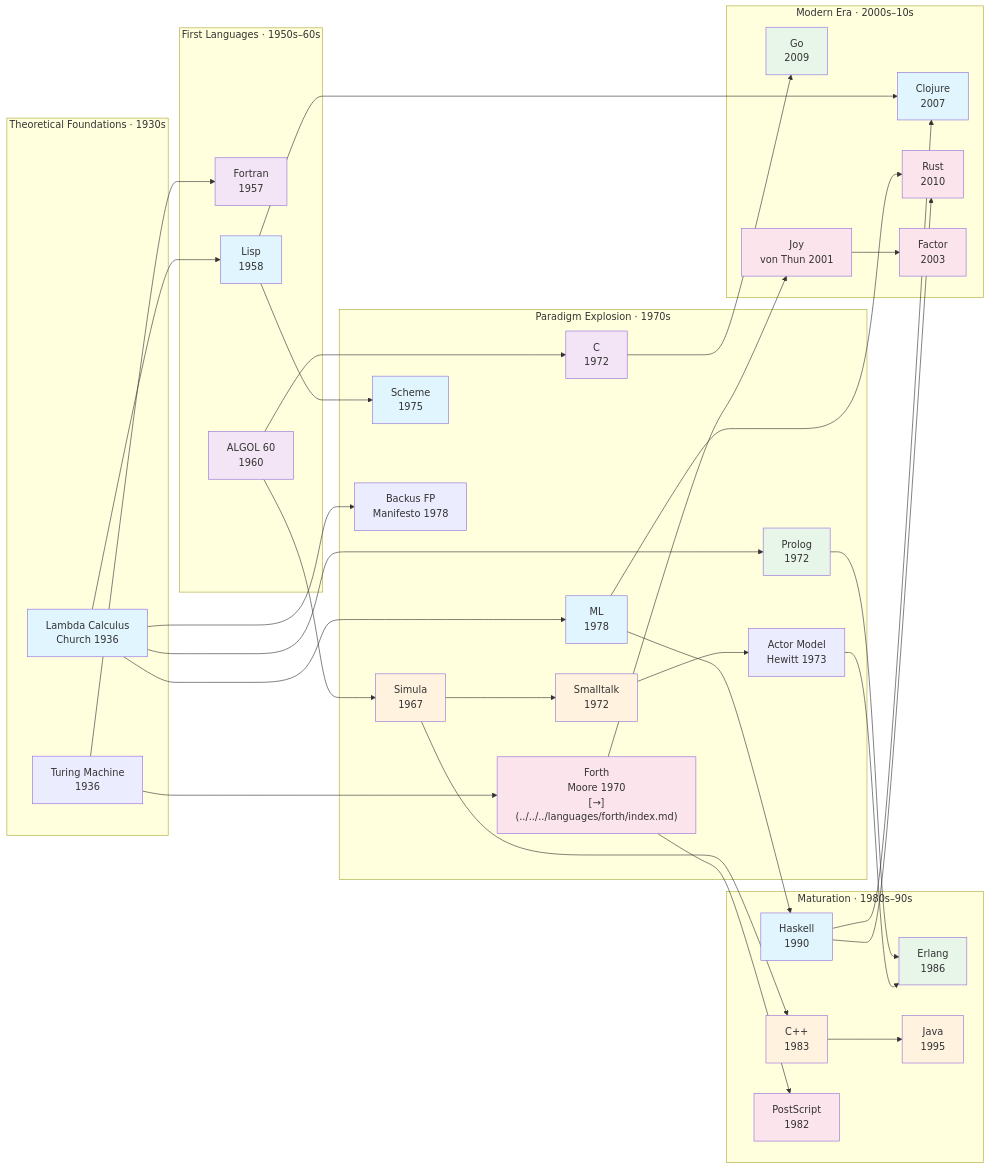
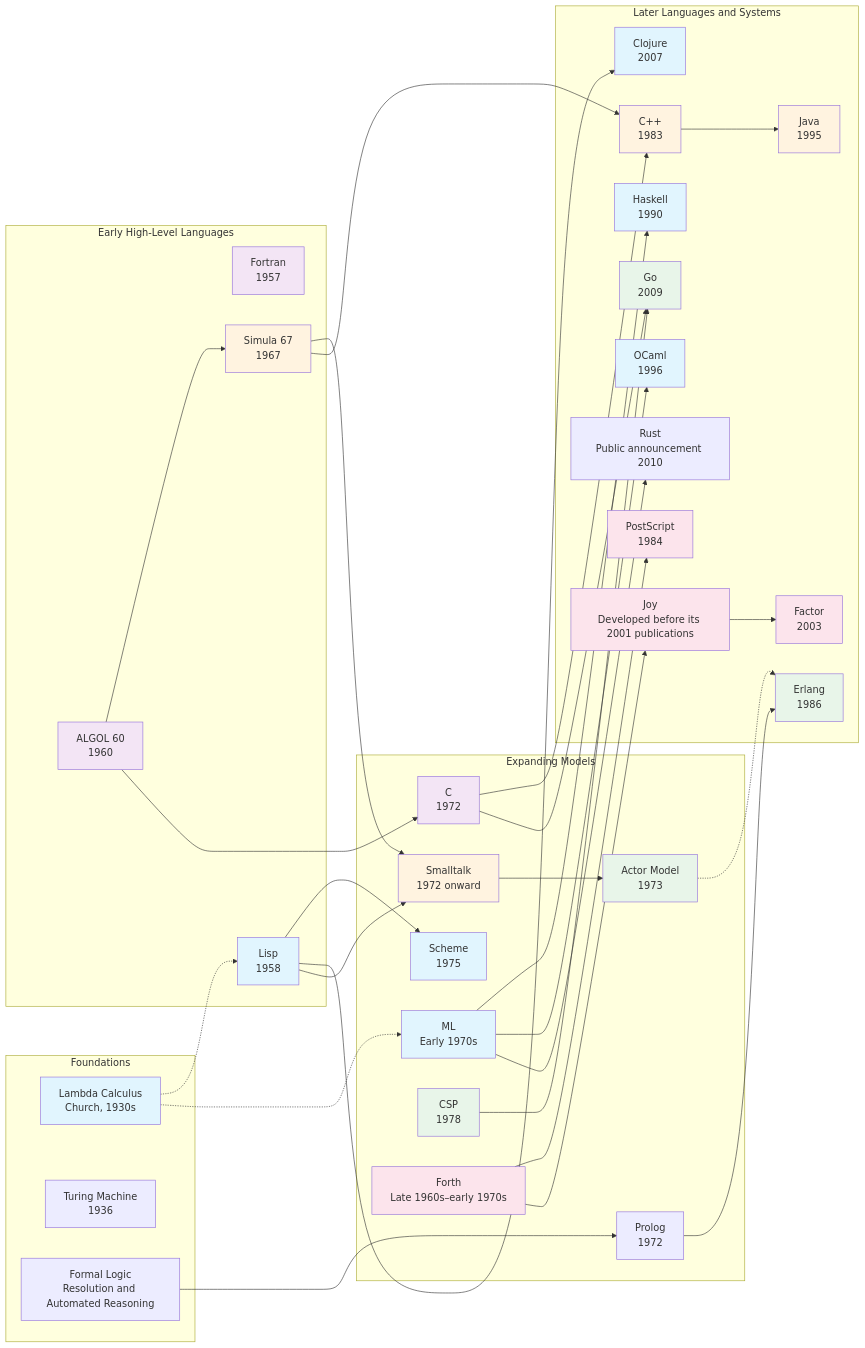
One commit to akardapolov/software-atlas changed the fourth of 4 diagrams in docs/topics/concepts/paradigms/index.md. Above: the diagram before and after it, drawn with Mermaid. The commit also changed other lines of this file, not shown here.

````diff
--- a/docs/topics/concepts/paradigms/index.md
+++ b/docs/topics/concepts/paradigms/index.md
@@ -1184,87 +1753,97 @@
 ```mermaid
 flowchart LR
-    subgraph Foundations ["Theoretical Foundations · 1930s"]
-        Church["Lambda Calculus<br/>Church 1936"]
+    subgraph Foundations ["Foundations"]
+        Lambda["Lambda Calculus<br/>Church, 1930s"]
         Turing["Turing Machine<br/>1936"]
+        Logic["Formal Logic<br/>Resolution and Automated Reasoning"]
     end
 
-    subgraph First ["First Languages · 1950s–60s"]
-        Turing --> Fortran["Fortran<br/>1957"]
-        Church --> Lisp["Lisp<br/>1958"]
+    subgraph Early ["Early High-Level Languages"]
+        Fortran["Fortran<br/>1957"]
+        Lisp["Lisp<br/>1958"]
         Algol["ALGOL 60<br/>1960"]
+        Simula["Simula 67<br/>1967"]
     end
 
-    subgraph Seventies ["Paradigm Explosion · 1970s"]
-        Simula["Simula<br/>1967"]
+    subgraph Expansion ["Expanding Models"]
         C["C<br/>1972"]
+        Smalltalk["Smalltalk<br/>1972 onward"]
         Prolog["Prolog<br/>1972"]
-        Smalltalk["Smalltalk<br/>1972"]
-        Hewitt["Actor Model<br/>Hewitt 1973"]
+        Actors["Actor Model<br/>1973"]
         Scheme["Scheme<br/>1975"]
-        ML["ML<br/>1978"]
-        Backus78["Backus FP<br/>Manifesto 1978"]
-        Forth["Forth<br/>Moore 1970<br/>[→](../../../languages/forth/index.md)"]
-        Church --> Prolog
-        Simula --> Smalltalk
-        Smalltalk --> Hewitt
-        Lisp --> Scheme
-        Church --> ML
-        Church --> Backus78
-        Turing --> Forth
+        ML["ML<br/>Early 1970s"]
+        CSP["CSP<br/>1978"]
+        Forth["Forth<br/>Late 1960s–early 1970s"]
     end
 
-    subgraph Eighties ["Maturation · 1980s–90s"]
+    subgraph Later ["Later Languages and Systems"]
         CPP["C++<br/>1983"]
         Erlang["Erlang<br/>1986"]
         Haskell["Haskell<br/>1990"]
         Java["Java<br/>1995"]
-        PostScript["PostScript<br/>1982"]
-        Simula --> CPP
-        Prolog --> Erlang
-        Hewitt --> Erlang
-        ML --> Haskell
-        CPP --> Java
-        Forth --> PostScript
+        PostScript["PostScript<br/>1984"]
+        OCaml["OCaml<br/>1996"]
+        Clojure["Clojure<br/>2007"]
+        Go["Go<br/>2009"]
+        Rust["Rust<br/>Public announcement 2010"]
+        Joy["Joy<br/>Developed before its 2001 publications"]
+        Factor["Factor<br/>2003"]
     end
 
-    subgraph Modern ["Modern Era · 2000s–10s"]
-        Clojure["Clojure<br/>2007"]
-        Go["Go<br/>2009"]
-        Rust["Rust<br/>2010"]
-        Joy["Joy<br/>von Thun 2001"]
-        Factor["Factor<br/>2003"]
-        Lisp --> Clojure
-        Haskell --> Clojure
-        C --> Go
-        ML --> Rust
-        Haskell --> Rust
-        Joy --> Factor
-    end
+    Lambda -.-> Lisp
+    Lambda -.-> ML
+    Logic --> Prolog
 
-    %% Cross-subgraph edges
     Algol --> Simula
     Algol --> C
+    Simula --> Smalltalk
+    Simula --> CPP
+    C --> CPP
+
+    Lisp --> Scheme
+    Lisp --> Clojure
+    Lisp --> Smalltalk
+    Smalltalk --> Actors
+
+    Prolog --> Erlang
+    Actors -.-> Erlang
+
+    ML --> Haskell
+    ML --> OCaml
+    ML --> Rust
+
+    CPP --> Java
+    C --> Go
+    CSP --> Go
+
+    Forth --> PostScript
     Forth --> Joy
+    Joy --> Factor
 
-    style Church fill:#e1f5fe
+    style Lambda fill:#e1f5fe
     style Lisp fill:#e1f5fe
     style Scheme fill:#e1f5fe
     style ML fill:#e1f5fe
     style Haskell fill:#e1f5fe
+    style OCaml fill:#e1f5fe
     style Clojure fill:#e1f5fe
+
     style Simula fill:#fff3e0
     style Smalltalk fill:#fff3e0
     style CPP fill:#fff3e0
     style Java fill:#fff3e0
+
     style Fortran fill:#f3e5f5
     style Algol fill:#f3e5f5
     style C fill:#f3e5f5
+
+    style Actors fill:#e8f5e9
+    style CSP fill:#e8f5e9
+    style Erlang fill:#e8f5e9
     style Go fill:#e8f5e9
-    style Erlang fill:#e8f5e9
-    style Prolog fill:#e8f5e9
-    style Rust fill:#fce4ec
+
     style Forth fill:#fce4ec
-    style PostScript fill:#fce4ec
     style Joy fill:#fce4ec
     style Factor fill:#fce4ec
+    style PostScript fill:#fce4ec
 ```
````
